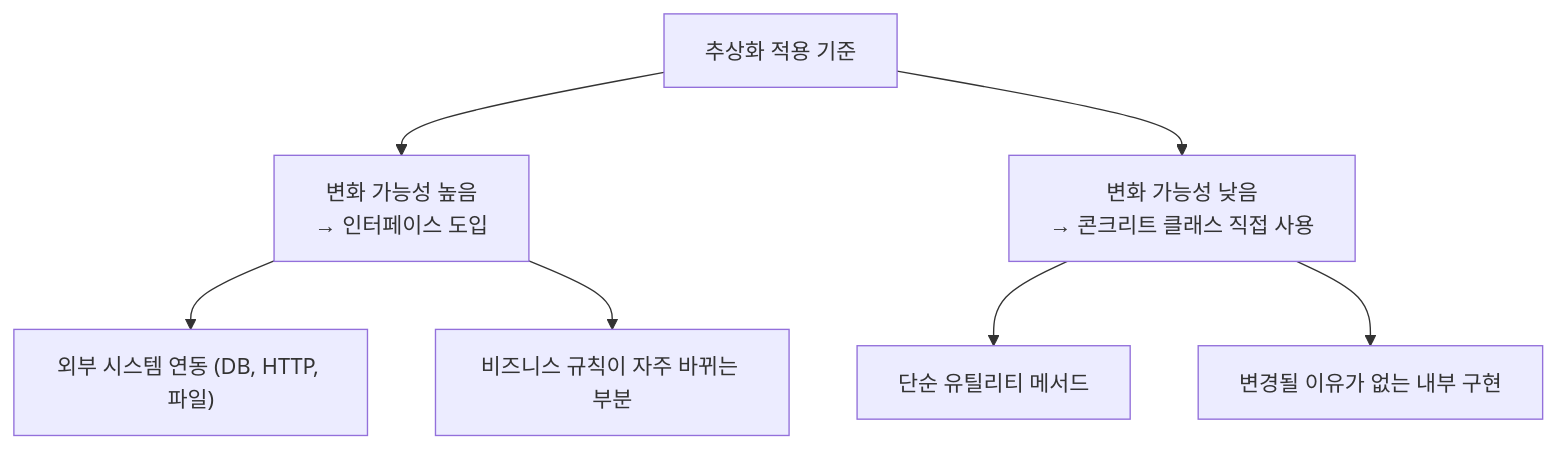
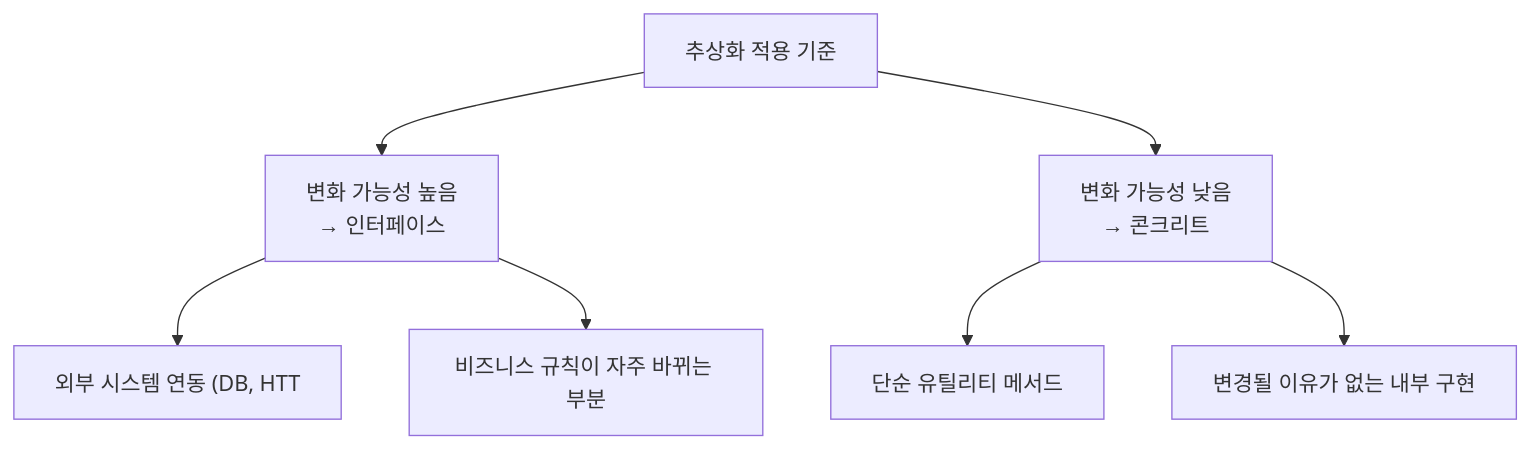
The fifth of 6 diagrams in _posts/java/2021-11-14-java-objects2.md (yjkim2015/yjkim2015.github.io), drawn with Mermaid before and after one commit. The commit also changed other lines of this file and 271 other files, not shown here.

First line of the commit message:
Mermaid 라벨 축소: 긴 노드 텍스트 18자 이하로 트림 + \n 제거

````diff
--- a/_posts/java/2021-11-14-java-objects2.md
+++ b/_posts/java/2021-11-14-java-objects2.md
@@ -260,9 +260,9 @@
 ```mermaid
 graph TD
-    A["추상화 적용 기준"] --> B["변화 가능성 높음\n→ 인터페이스 도입"]
-    A --> C["변화 가능성 낮음\n→ 콘크리트 클래스 직접 사용"]
-    B --> B1["외부 시스템 연동 (DB, HTTP, 파일)"]
+    A["추상화 적용 기준"] --> B["변화 가능성 높음\n→ 인터페이스"]
+    A --> C["변화 가능성 낮음\n→ 콘크리트"]
+    B --> B1["외부 시스템 연동 (DB, HTT"]
     B --> B2["비즈니스 규칙이 자주 바뀌는 부분"]
     C --> C1["단순 유틸리티 메서드"]
     C --> C2["변경될 이유가 없는 내부 구현"]
 ```
````
